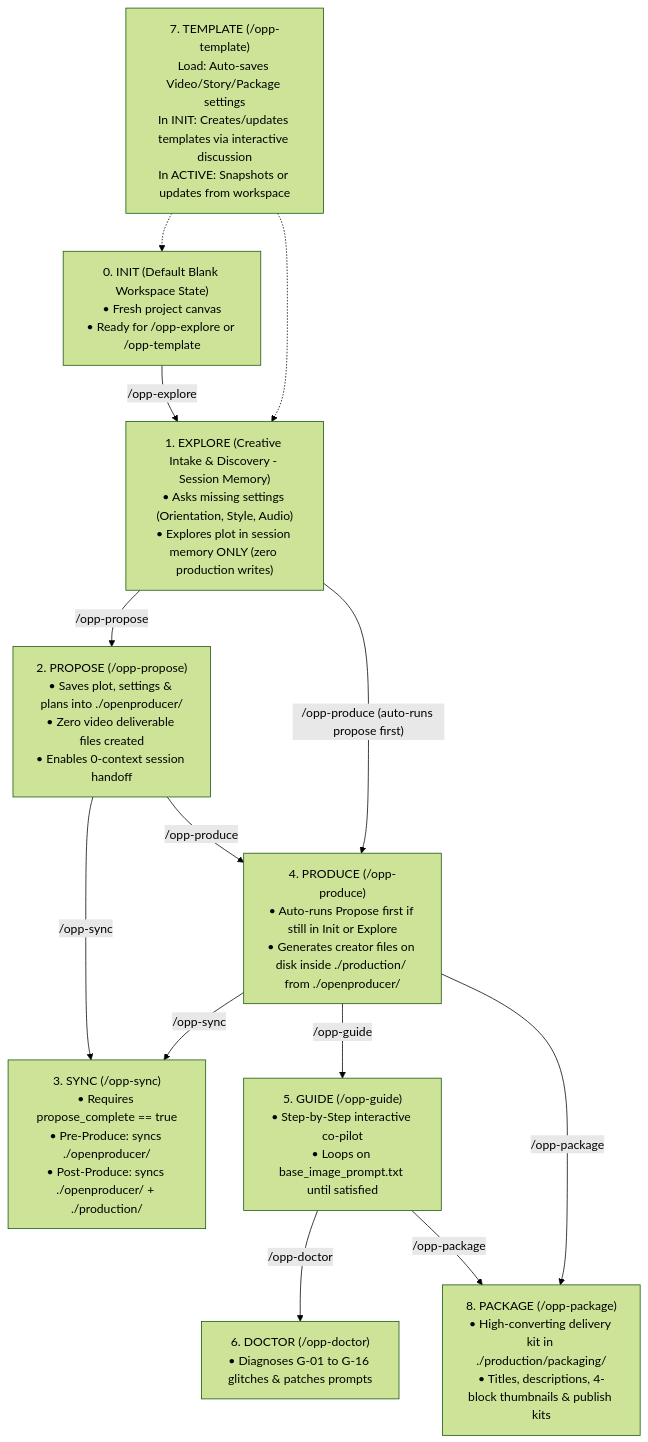
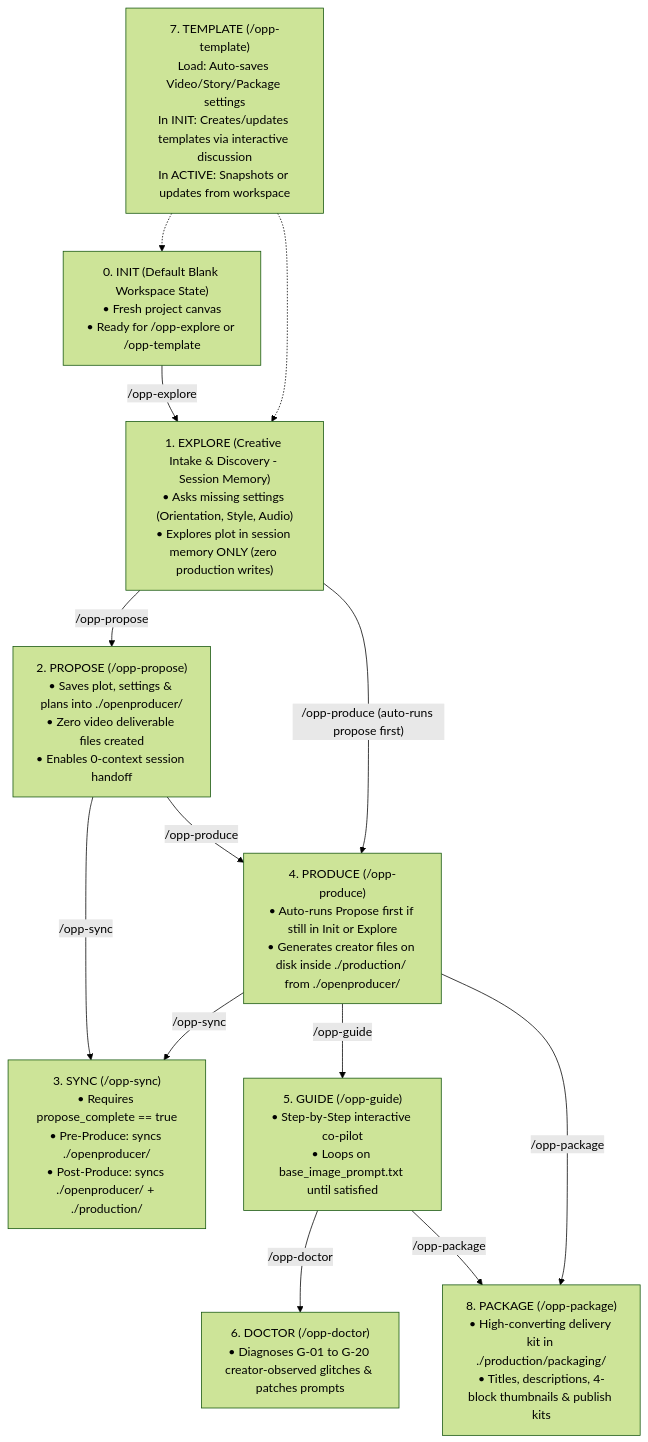
The diagram in production_template/AGENTS.md (TheProjectsX/openproducer), drawn with Mermaid (forest theme) before and after one commit. The commit also changed other lines of this file and 84 other files, not shown here.

````diff
--- a/production_template/AGENTS.md
+++ b/production_template/AGENTS.md
@@ -159,24 +159,24 @@
 ```mermaid
 flowchart TD
     I["0. INIT (Default Blank Workspace State)<br/>• Fresh project canvas<br/>• Ready for /opp-explore or /opp-template"]
     T["7. TEMPLATE (/opp-template)<br/>Load: Auto-saves Video/Story/Package settings<br/>In INIT: Creates/updates templates via interactive discussion<br/>In ACTIVE: Snapshots or updates from workspace"] -.-> I
     T -.-> E
     I -->|"/opp-explore"| E
     E["1. EXPLORE (Creative Intake & Discovery - Session Memory)<br/>• Asks missing settings (Orientation, Style, Audio)<br/>• Explores plot in session memory ONLY (zero production writes)"]
     P["2. PROPOSE (/opp-propose)<br/>• Saves plot, settings & plans into ./openproducer/<br/>• Zero video deliverable files created<br/>• Enables 0-context session handoff"]
     S["3. SYNC (/opp-sync)<br/>• Requires propose_complete == true<br/>• Pre-Produce: syncs ./openproducer/<br/>• Post-Produce: syncs ./openproducer/ + ./production/"]
     PR["4. PRODUCE (/opp-produce)<br/>• Auto-runs Propose first if still in Init or Explore<br/>• Generates creator files on disk inside ./production/ from ./openproducer/"]
     G["5. GUIDE (/opp-guide)<br/>• Step-by-Step interactive co-pilot<br/>• Loops on base_image_prompt.txt until satisfied"]
-    D["6. DOCTOR (/opp-doctor)<br/>• Diagnoses G-01 to G-16 glitches & patches prompts"]
+    D["6. DOCTOR (/opp-doctor)<br/>• Diagnoses G-01 to G-20 creator-observed glitches & patches prompts"]
     PKG["8. PACKAGE (/opp-package)<br/>• High-converting delivery kit in ./production/packaging/<br/>• Titles, descriptions, 4-block thumbnails & publish kits"]
 
     E -->|"/opp-propose"| P
     E -->|"/opp-produce (auto-runs propose first)"| PR
     P -->|"/opp-sync"| S
     P -->|"/opp-produce"| PR
     PR -->|"/opp-sync"| S
     PR -->|"/opp-guide"| G
     G -->|"/opp-doctor"| D
     PR -->|"/opp-package"| PKG
     G -->|"/opp-package"| PKG
 ```
````
